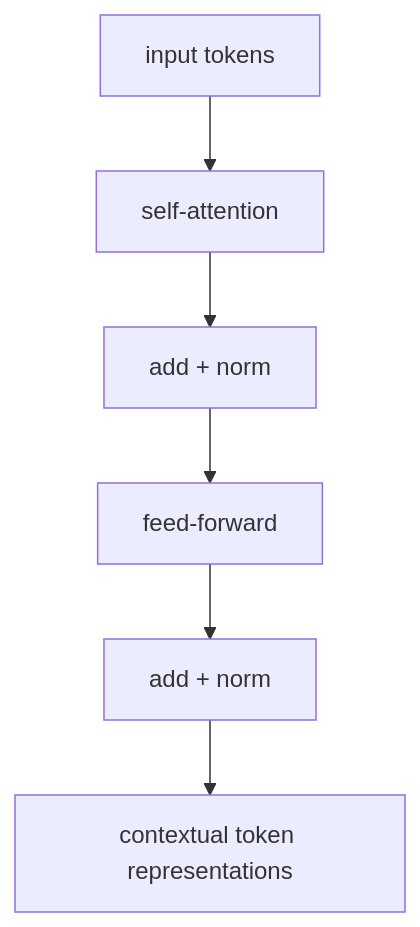
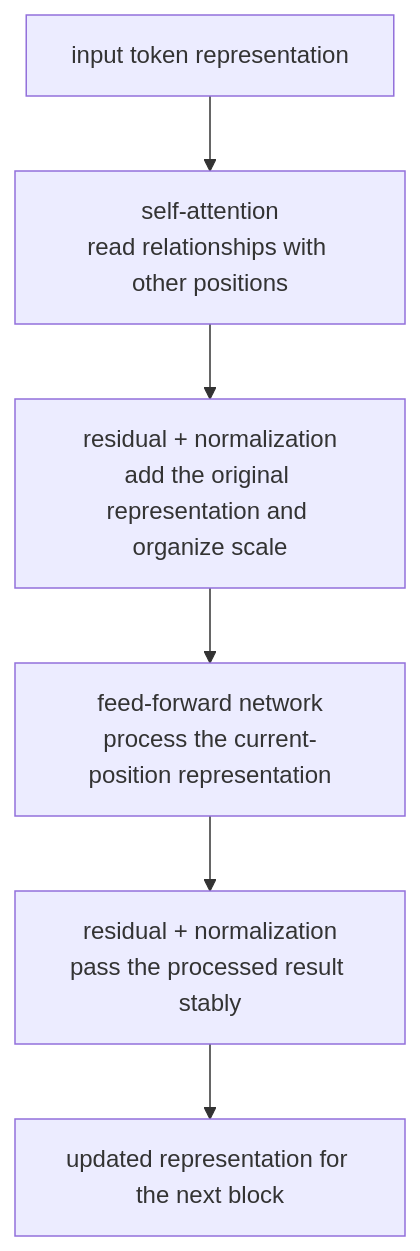
Before and after one commit to devchan64/AiBook: the diagram in docs/assets/part-05/chapter-14/transformer-block-flow-en.mmd, drawn with Mermaid. The commit also changed 71 other files, not shown here.

Commit message:
Revise part 5 transformer and translation flow

```diff
--- a/docs/assets/part-05/chapter-14/transformer-block-flow-en.mmd
+++ b/docs/assets/part-05/chapter-14/transformer-block-flow-en.mmd
@@ -1,13 +1,13 @@
 flowchart TD
-  A["input tokens"]
-  B["self-attention"]
-  C["add + norm"]
-  D["feed-forward"]
-  E["add + norm"]
-  F["contextual token representations"]
+  A["input token representation"]
+  B["self-attention<br/>read relationships with other positions"]
+  C["residual + normalization<br/>add the original representation and organize scale"]
+  D["feed-forward network<br/>process the current-position representation"]
+  E["residual + normalization<br/>pass the processed result stably"]
+  F["updated representation for the next block"]
 
   A --> B
   B --> C
   C --> D
   D --> E
   E --> F
```
